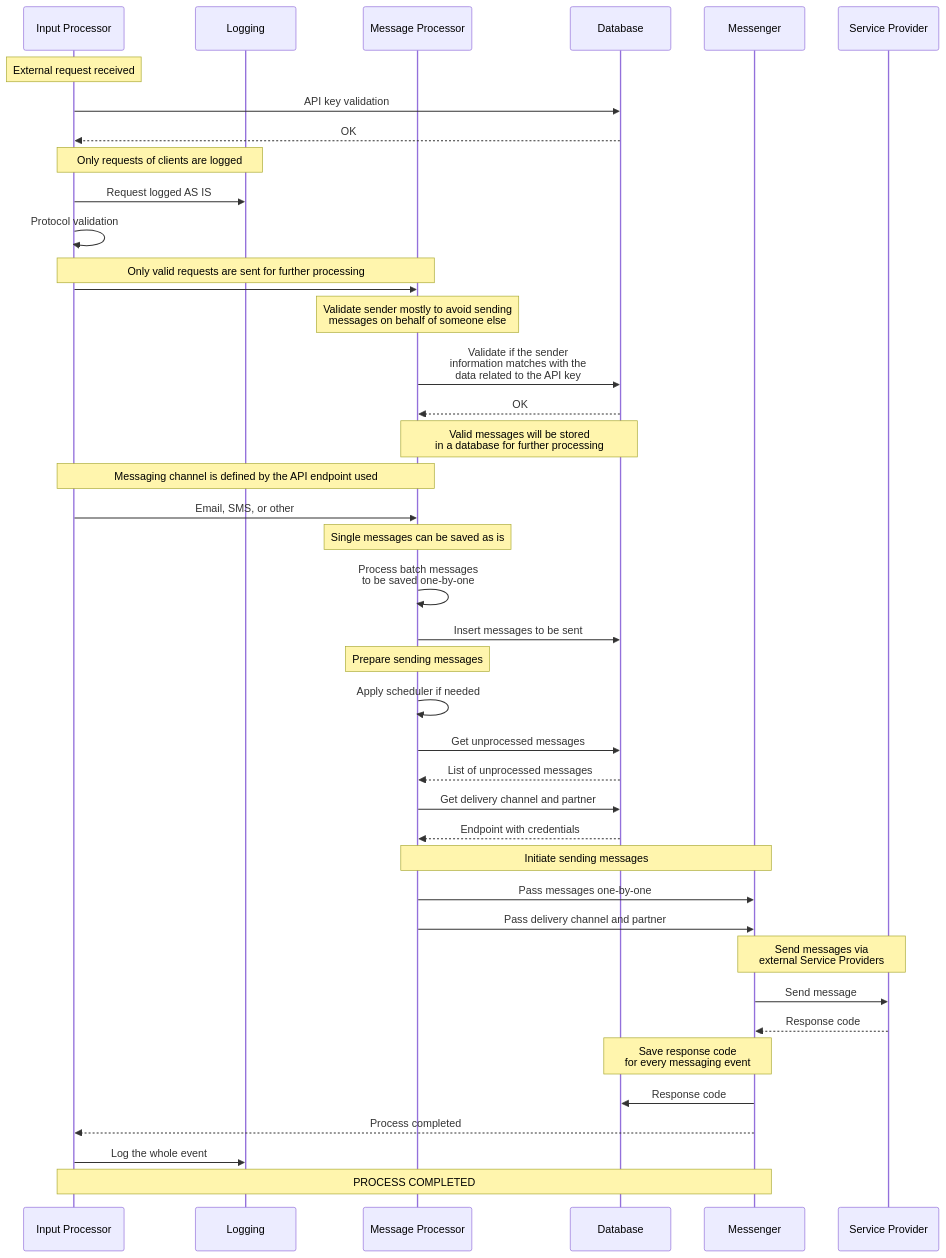
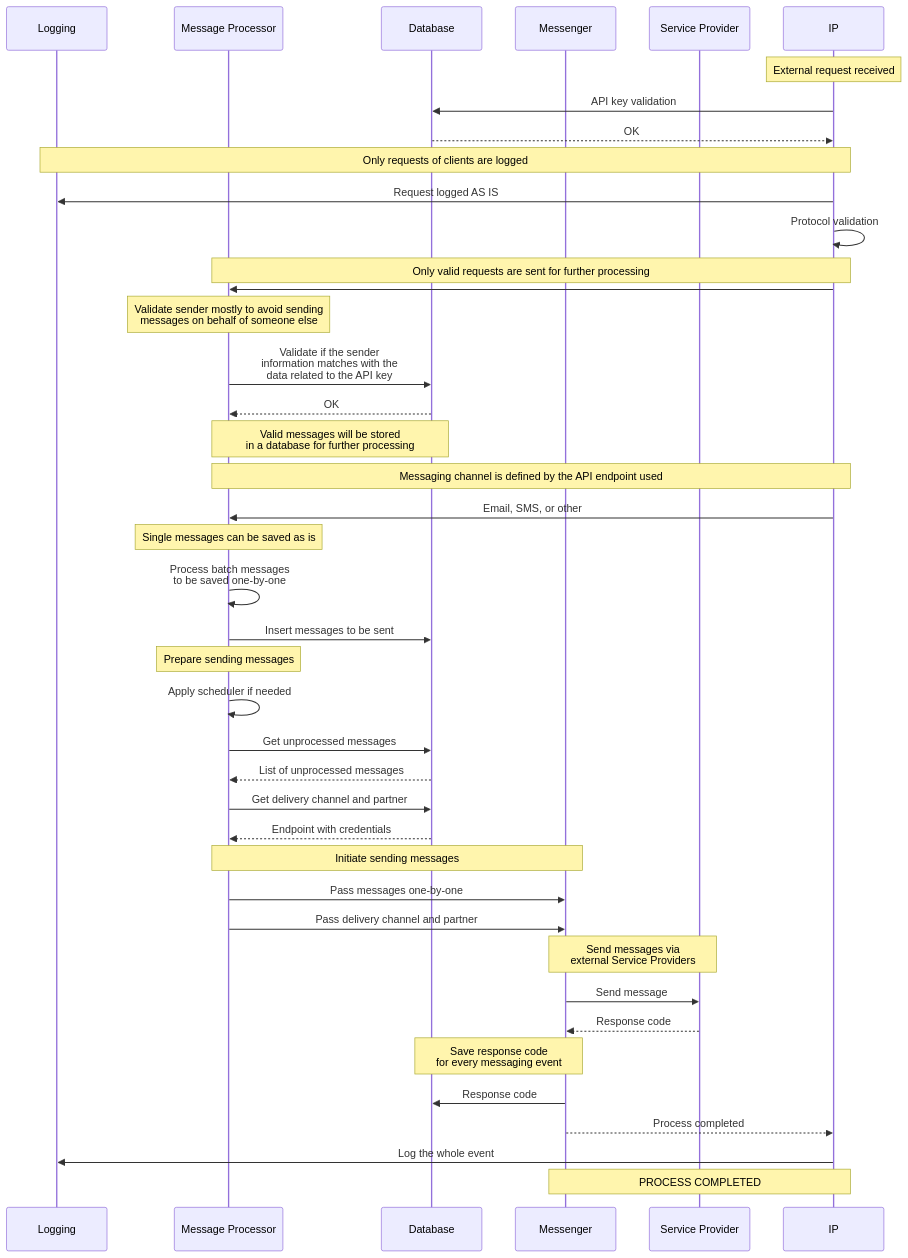
One commit to LGI-PFME/bb-messaging changed the third of 4 diagrams in spec/9-workflows.md. Above: the diagram before and after it, drawn with Mermaid. The commit also changed other lines of this file, not shown here.

Commit message:
GITBOOK-57: Update Mermaid diagrams to render correctly

````diff
--- a/spec/9-workflows.md
+++ b/spec/9-workflows.md
@@ -81,58 +83,60 @@
 ```mermaid
 sequenceDiagram
-    participant IP as Input Processor
-    participant L as Logging
-    participant MP as Message Processor
-    participant DB as Database
-    participant MSN as Messenger
-    participant ESP as Service Provider
 
-    note over IP: External request received
-    IP ->> DB: API key validation
-    DB -->> IP: OK
+participant L as Logging
+participant MP as Message Processor
+participant DB as Database
+participant MSN as Messenger
+participant ESP as Service Provider
+
+note over IP: External request received
+IP ->> DB: API key validation
+DB -->> IP: OK
     
-    note over IP, L: Only requests of clients are logged
-    IP ->> L: Request logged AS IS
+note over IP, L: Only requests of clients are logged
+IP ->> L: Request logged AS IS
     
-    IP ->> IP: Protocol validation
-    
-    note over IP, MP: Only valid requests are sent for further processing
-    IP ->> MP: 
+IP ->> IP: Protocol validation
 
-    note over MP: Validate sender mostly to avoid sending<br>messages on behalf of someone else
-    MP ->> DB: Validate if the sender<br>information matches with the<br>data related to the API key
-    DB -->> MP: OK
+note over IP, MP: Only valid requests are sent for further processing
+IP ->> MP: 
 
-    note over MP, DB: Valid messages will be stored<br>in a database for further processing
-    note over IP, MP: Messaging channel is defined by the API endpoint used
-    IP ->> MP: Email, SMS, or other
-    note over MP: Single messages can be saved as is
-    MP ->> MP: Process batch messages<br>to be saved one-by-one
-    MP ->> DB: Insert messages to be sent
+note over MP: Validate sender mostly to avoid sending<br>messages on behalf of someone else
+MP ->> DB: Validate if the sender<br>information matches with the<br>data related to the API key
+DB -->> MP: OK
 
-    note over MP: Prepare sending messages
-    MP ->> MP: Apply scheduler if needed
+note over MP, DB: Valid messages will be stored<br>in a database for further processing
+note over IP, MP: Messaging channel is defined by the API endpoint used
+IP ->> MP: Email, SMS, or other
+note over MP: Single messages can be saved as is
+MP ->> MP: Process batch messages<br>to be saved one-by-one
+MP ->> DB: Insert messages to be sent
 
-    MP ->> DB: Get unprocessed messages
-    DB -->> MP: List of unprocessed messages
+note over MP: Prepare sending messages
+MP ->> MP: Apply scheduler if needed
 
-    MP ->> DB: Get delivery channel and partner
-    DB -->> MP: Endpoint with credentials
+MP ->> DB: Get unprocessed messages
+DB -->> MP: List of unprocessed messages
 
-    note over MP, MSN: Initiate sending messages
-    MP ->> MSN: Pass messages one-by-one
-    MP ->> MSN: Pass delivery channel and partner
+MP ->> DB: Get delivery channel and partner
+DB -->> MP: Endpoint with credentials
 
-    note over MSN, ESP: Send messages via<br>external Service Providers
-    MSN ->> ESP: Send message
-    ESP -->> MSN: Response code
+note over MP, MSN: Initiate sending messages
+MP ->> MSN: Pass messages one-by-one
+MP ->> MSN: Pass delivery channel and partner
 
-    note over MSN, DB: Save response code<br>for every messaging event
-    MSN ->> DB: Response code
+note over MSN, ESP: Send messages via<br>external Service Providers
+MSN ->> ESP: Send message
+ESP -->> MSN: Response code
 
-    MSN -->> IP: Process completed
+note over MSN, DB: Save response code<br>for every messaging event
+MSN ->> DB: Response code
 
-    IP ->> L: Log the whole event
+MSN -->> IP: Process completed
 
-    note over IP, MSN: PROCESS COMPLETED
+IP ->> L: Log the whole event
+
+note over IP, MSN: PROCESS COMPLETED
+
+
 ```
````
